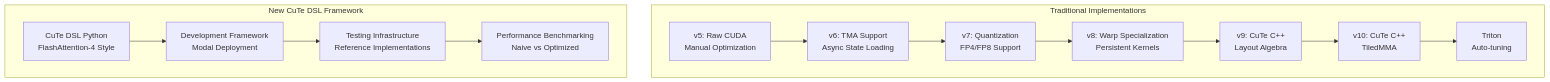
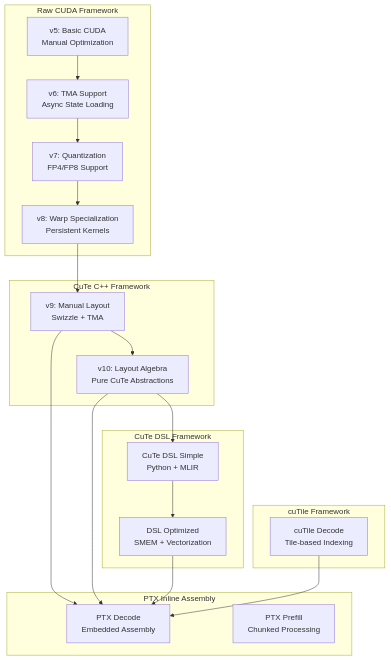
Before and after one commit to gugudeshubao/flashinfer-bench-tma-thrust: the first of 7 diagrams in .qoder/repowiki/en/content/Core Kernels/Core Kernels.md, drawn with Mermaid. The commit also changed other lines of this file and 19 other files, not shown here.

````diff
--- a/.qoder/repowiki/en/content/Core Kernels/Core Kernels.md
+++ b/.qoder/repowiki/en/content/Core Kernels/Core Kernels.md
@@ -80,20 +89,31 @@
 ```mermaid
 graph TB
-subgraph "Traditional Implementations"
-CUDA_v5["v5: Raw CUDA<br/>Manual Optimization"]
+subgraph "Raw CUDA Framework"
+CUDA_v5["v5: Basic CUDA<br/>Manual Optimization"]
 CUDA_v6["v6: TMA Support<br/>Async State Loading"]
 CUDA_v7["v7: Quantization<br/>FP4/FP8 Support"]
 CUDA_v8["v8: Warp Specialization<br/>Persistent Kernels"]
-CuTe_v9["v9: CuTe C++<br/>Layout Algebra"]
-CuTe_v10["v10: CuTe C++<br/>TiledMMA"]
-Triton["Triton<br/>Auto-tuning"]
 end
-subgraph "New CuTe DSL Framework"
-DSL_v11["CuTe DSL Python<br/>FlashAttention-4 Style"]
-Dev_Framework["Development Framework<br/>Modal Deployment"]
-Testing_Infra["Testing Infrastructure<br/>Reference Implementations"]
-Performance_Benchmark["Performance Benchmarking<br/>Naive vs Optimized"]
+subgraph "CuTe C++ Framework"
+CuTe_v9["v9: Manual Layout<br/>Swizzle + TMA"]
+CuTe_v10["v10: Layout Algebra<br/>Pure CuTe Abstractions"]
 end
-CUDA_v5 --> CUDA_v6 --> CUDA_v7 --> CUDA_v8 --> CuTe_v9 --> CuTe_v10 --> Triton
-DSL_v11 --> Dev_Framework --> Testing_Infra --> Performance_Benchmark
+subgraph "CuTe DSL Framework"
+DSL_Simple["CuTe DSL Simple<br/>Python + MLIR"]
+DSL_Optimized["DSL Optimized<br/>SMEM + Vectorization"]
+end
+subgraph "cuTile Framework"
+CuTile_Decode["cuTile Decode<br/>Tile-based Indexing"]
+end
+subgraph "PTX Inline Assembly"
+PTX_Decode["PTX Decode<br/>Embedded Assembly"]
+PTX_Prefill["PTX Prefill<br/>Chunked Processing"]
+end
+CUDA_v5 --> CUDA_v6 --> CUDA_v7 --> CUDA_v8
+CUDA_v8 --> CuTe_v9 --> CuTe_v10
+CuTe_v10 --> DSL_Simple --> DSL_Optimized
+CuTe_v9 --> PTX_Decode
+CuTe_v10 --> PTX_Decode
+DSL_Optimized --> PTX_Decode
+CuTile_Decode --> PTX_Decode
 ```
````
